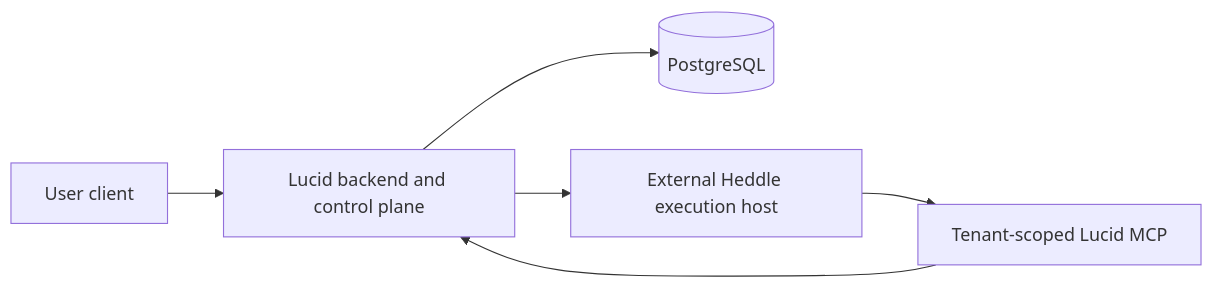
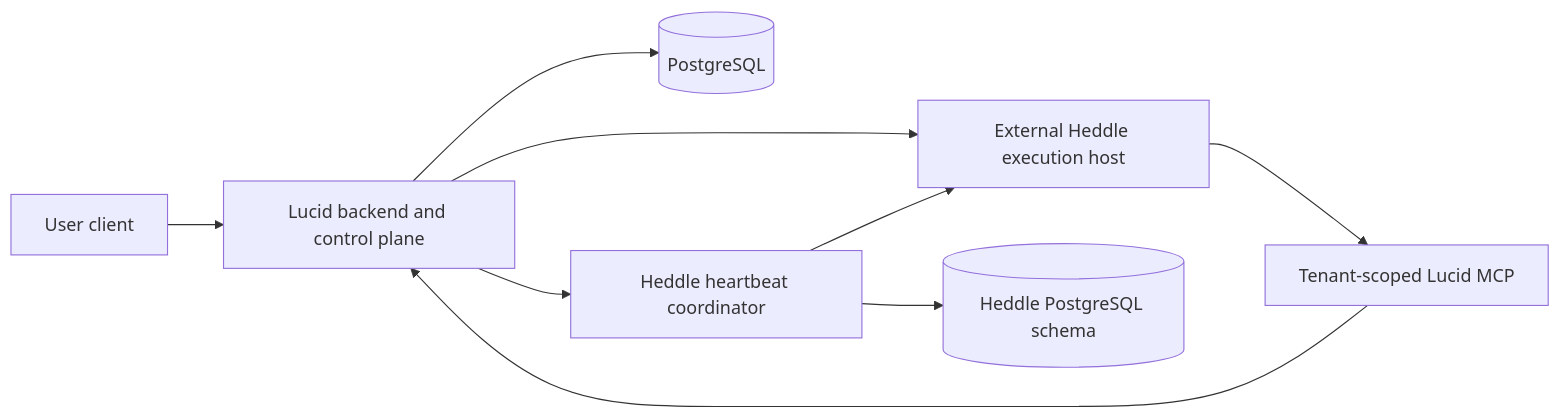
One commit to roackb2/lucid changed the diagram in docs/hosted-execution.md. Above: the diagram before and after it, drawn with Mermaid. The commit also changed other lines of this file and 27 other files, not shown here.

Commit message:
feat: integrate hosted heartbeat coordinator

````diff
--- a/docs/hosted-execution.md
+++ b/docs/hosted-execution.md
@@ -87,8 +94,11 @@
 ```mermaid
 flowchart LR
   Client["User client"] --> Backend["Lucid backend and control plane"]
   Backend --> Database[("PostgreSQL")]
   Backend --> Runtime["External Heddle execution host"]
+  Backend --> Coordinator["Heddle heartbeat coordinator"]
+  Coordinator --> HeddleDb[("Heddle PostgreSQL schema")]
+  Coordinator --> Runtime
   Runtime --> MCP["Tenant-scoped Lucid MCP"]
   MCP --> Backend
 ```
````
